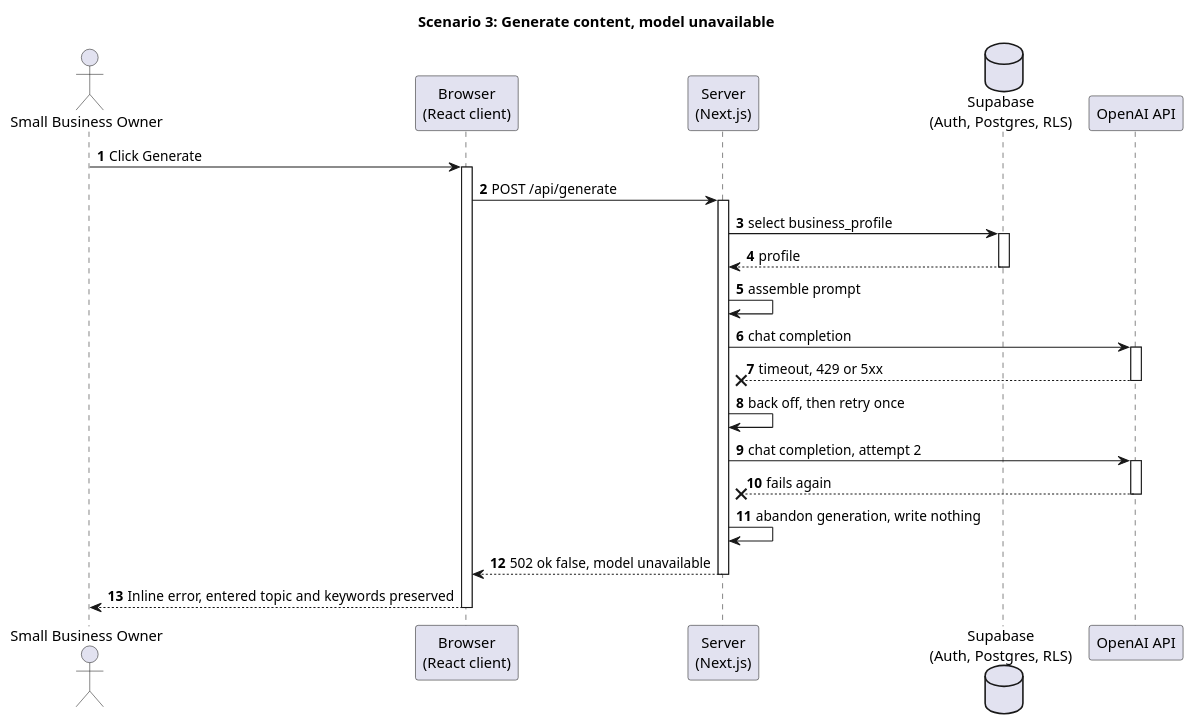
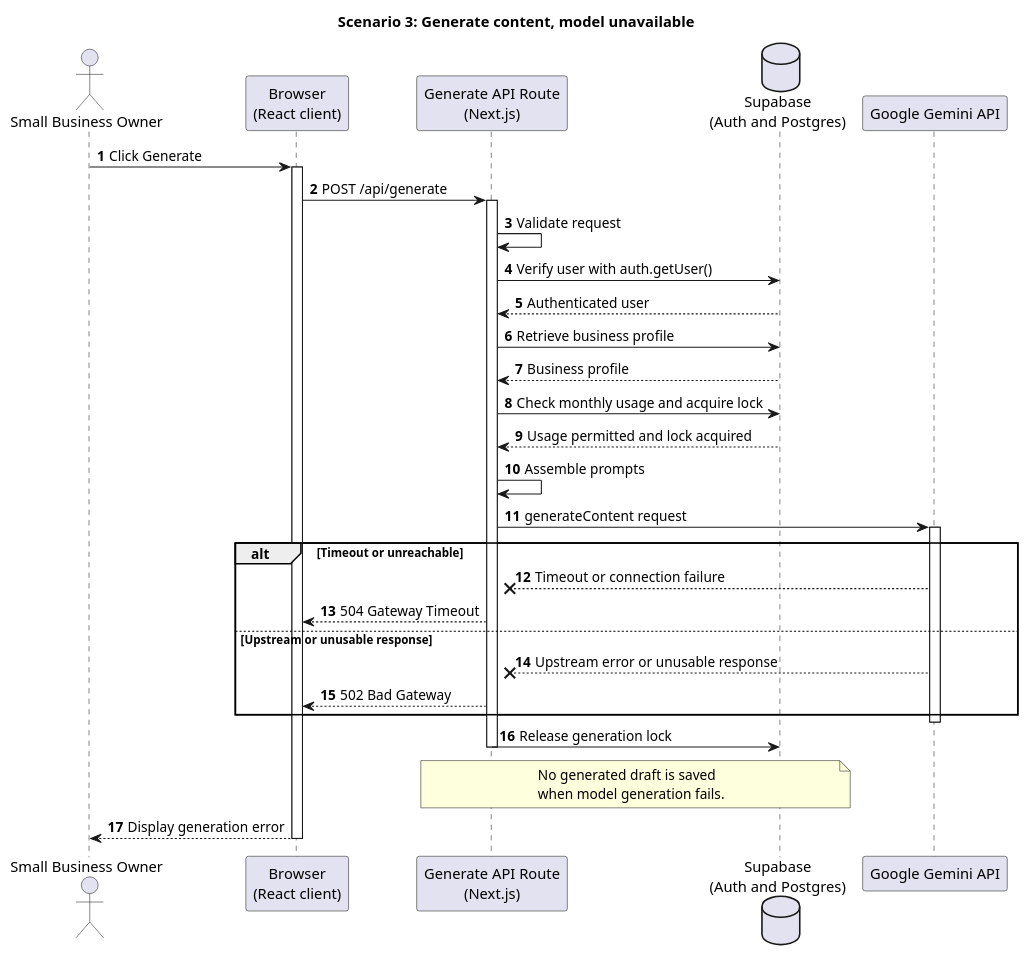
The third of 5 diagrams in docs/sections/05-sequence-diagrams.md (sub0xdai/vic-uni-capstone), drawn with PlantUML before and after one commit. The commit also changed other lines of this file and 7 other files, not shown here.

First line of the commit message:
docs: correct and render sequence diagrams (G1)

````diff
--- a/docs/sections/05-sequence-diagrams.md
+++ b/docs/sections/05-sequence-diagrams.md
@@ -122,40 +131,52 @@
 ```plantuml
 @startuml
 title Scenario 3: Generate content, model unavailable
 autonumber
 
-actor       "Small Business Owner"            as User
-participant "Browser\n(React client)"         as Browser
-participant "Server\n(Next.js)"               as Server
-database    "Supabase\n(Auth, Postgres, RLS)" as Supabase
-participant "OpenAI API"                      as OpenAI
+actor "Small Business Owner" as User
+participant "Browser\n(React client)" as Browser
+participant "Generate API Route\n(Next.js)" as Server
+database "Supabase\n(Auth and Postgres)" as DB
+participant "Google Gemini API" as Gemini
 
-User    -> Browser : Click Generate
+User -> Browser: Click Generate
 activate Browser
-Browser -> Server  : POST /api/generate
+Browser -> Server: POST /api/generate
 activate Server
 
-Server  -> Supabase : select business_profile
-activate Supabase
-Supabase --> Server : profile
-deactivate Supabase
-Server  -> Server   : assemble prompt
-Server  -> OpenAI   : chat completion
-activate OpenAI
-OpenAI  --x Server  : timeout, 429 or 5xx
-deactivate OpenAI
+Server -> Server: Validate request
+Server -> DB: Verify user with auth.getUser()
+DB --> Server: Authenticated user
 
-Server  -> Server   : back off, then retry once
-Server  -> OpenAI   : chat completion, attempt 2
-activate OpenAI
-OpenAI  --x Server  : fails again
-deactivate OpenAI
+Server -> DB: Retrieve business profile
+DB --> Server: Business profile
 
-Server  -> Server   : abandon generation, write nothing
-Server  --> Browser : 502 ok false, model unavailable
+Server -> DB: Check monthly usage and acquire lock
+DB --> Server: Usage permitted and lock acquired
+
+Server -> Server: Assemble prompts
+Server -> Gemini: generateContent request
+activate Gemini
+
+alt Timeout or unreachable
+    Gemini --x Server: Timeout or connection failure
+    Server --> Browser: 504 Gateway Timeout
+else Upstream or unusable response
+    Gemini --x Server: Upstream error or unusable response
+    Server --> Browser: 502 Bad Gateway
+end
+
+deactivate Gemini
+
+Server -> DB: Release generation lock
+note over Server, DB
+No generated draft is saved
+when model generation fails.
+end note
+
 deactivate Server
-Browser --> User    : Inline error, entered topic and keywords preserved
+Browser --> User: Display generation error
 deactivate Browser
 
 @enduml
 ```
````
